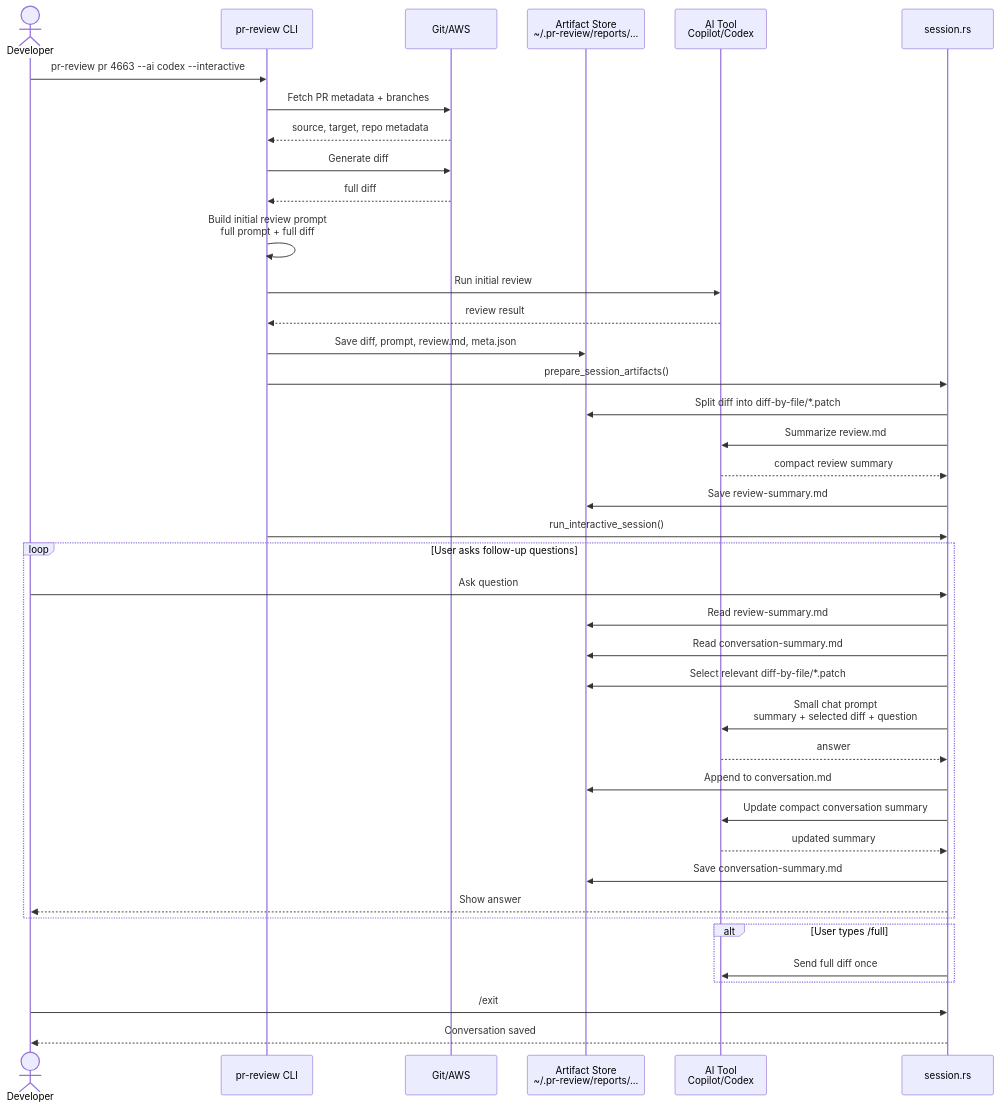
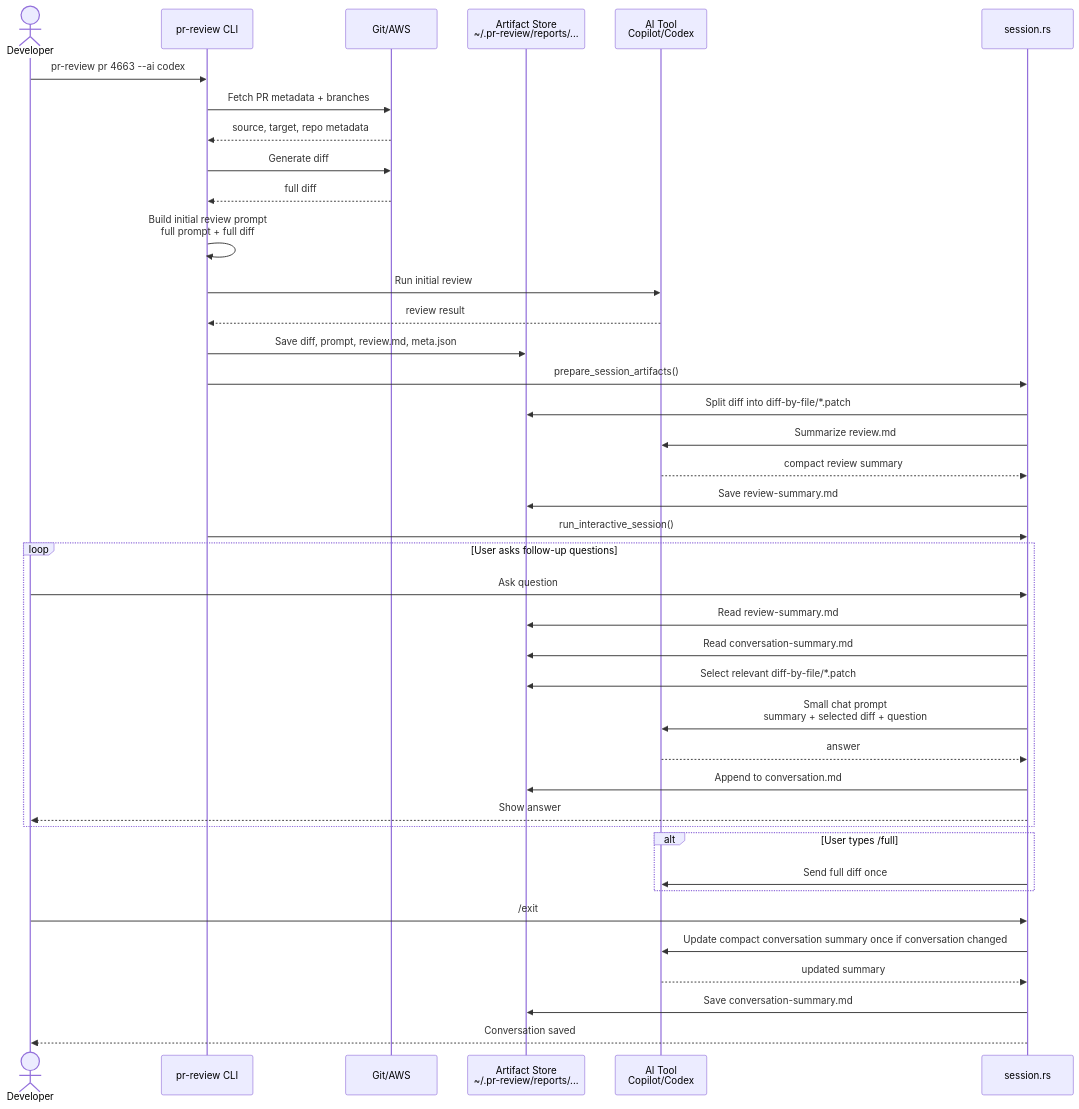
Before and after one commit to ualter/pr-review: the diagram in docs/pr_review-v1.mmd, drawn with Mermaid. The commit also changed 4 other files, not shown here.

Commit message:
(docs) refresh README and session docs for current CLI behavior

```diff
--- a/docs/pr_review-v1.mmd
+++ b/docs/pr_review-v1.mmd
@@ -1,50 +1,50 @@
 sequenceDiagram
     actor Dev as Developer
     participant CLI as pr-review CLI
     participant Git as Git/AWS
     participant Art as Artifact Store<br/>~/.pr-review/reports/...
     participant AI as AI Tool<br/>Copilot/Codex
     participant Session as session.rs
 
-    Dev->>CLI: pr-review pr 4663 --ai codex --interactive
+    Dev->>CLI: pr-review pr 4663 --ai codex
 
     CLI->>Git: Fetch PR metadata + branches
     Git-->>CLI: source, target, repo metadata
 
     CLI->>Git: Generate diff
     Git-->>CLI: full diff
 
     CLI->>CLI: Build initial review prompt<br/>full prompt + full diff
     CLI->>AI: Run initial review
     AI-->>CLI: review result
 
     CLI->>Art: Save diff, prompt, review.md, meta.json
 
     CLI->>Session: prepare_session_artifacts()
     Session->>Art: Split diff into diff-by-file/*.patch
     Session->>AI: Summarize review.md
     AI-->>Session: compact review summary
     Session->>Art: Save review-summary.md
 
     CLI->>Session: run_interactive_session()
 
     loop User asks follow-up questions
         Dev->>Session: Ask question
         Session->>Art: Read review-summary.md
         Session->>Art: Read conversation-summary.md
         Session->>Art: Select relevant diff-by-file/*.patch
         Session->>AI: Small chat prompt<br/>summary + selected diff + question
         AI-->>Session: answer
         Session->>Art: Append to conversation.md
-        Session->>AI: Update compact conversation summary
-        AI-->>Session: updated summary
-        Session->>Art: Save conversation-summary.md
         Session-->>Dev: Show answer
     end
 
     alt User types /full
         Session->>AI: Send full diff once
     end
 
     Dev->>Session: /exit
+    Session->>AI: Update compact conversation summary once if conversation changed
+    AI-->>Session: updated summary
+    Session->>Art: Save conversation-summary.md
     Session-->>Dev: Conversation saved
```
